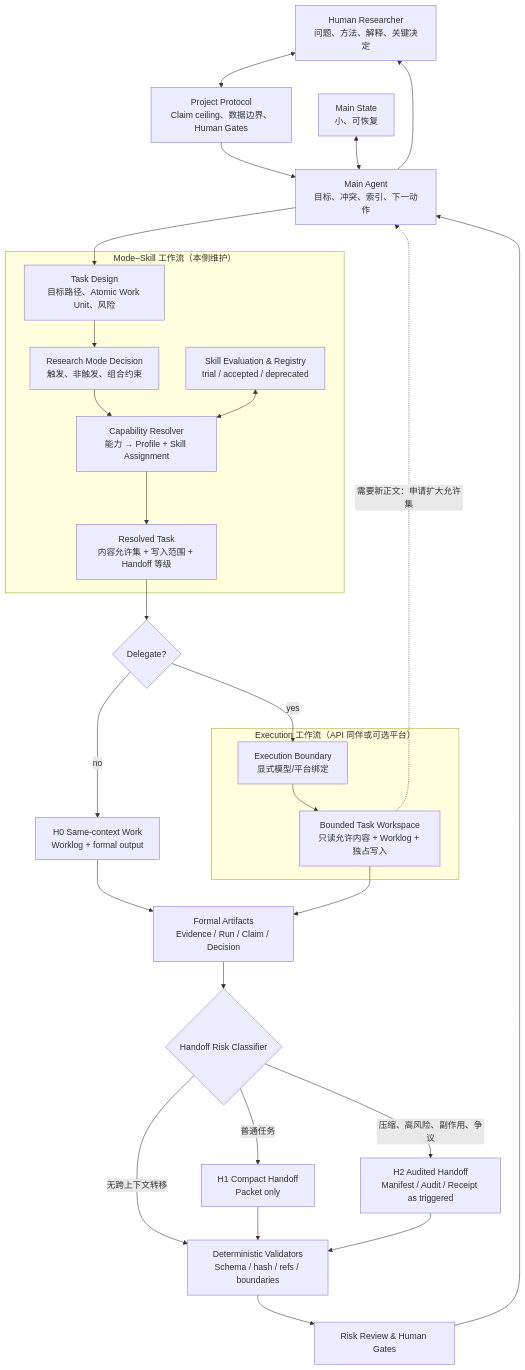
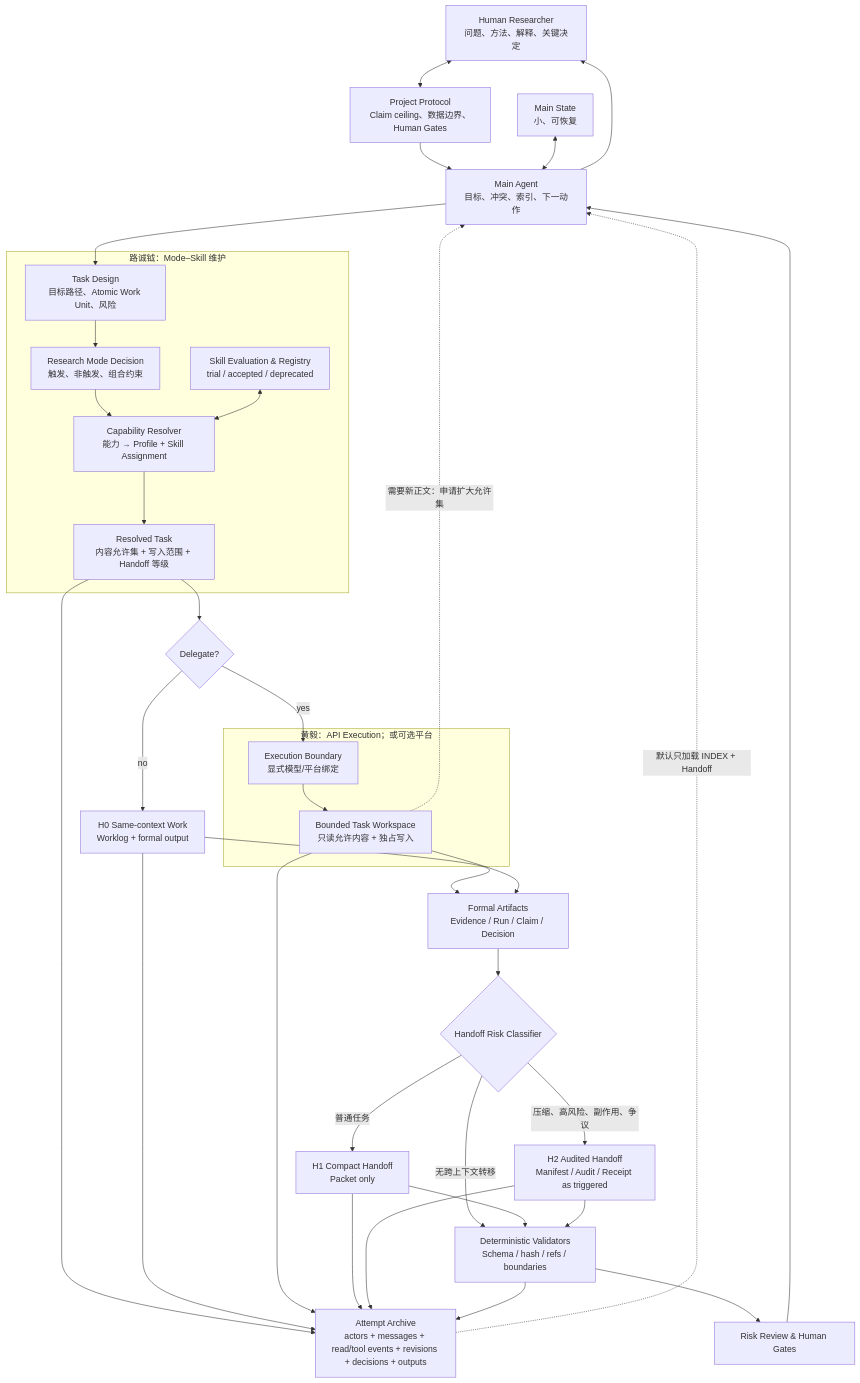
The first of 2 diagrams in docs/ARCHITECTURE.md (Chengyue-Lu/research-agent-workbench), drawn with Mermaid before and after one commit. The commit also changed other lines of this file and 29 other files, not shown here.

````diff
--- a/docs/ARCHITECTURE.md
+++ b/docs/ARCHITECTURE.md
@@ -58,47 +58,55 @@
 ```mermaid
 flowchart TB
     H["Human Researcher\n问题、方法、解释、关键决定"]
     PP["Project Protocol\nClaim ceiling、数据边界、Human Gates"]
     MA["Main Agent\n目标、冲突、索引、下一动作"]
     MS["Main State\n小、可恢复"]
 
-    subgraph OWN["Mode–Skill 工作流（本侧维护）"]
+    subgraph OWN["路诚钺：Mode–Skill 维护"]
         TD["Task Design\n目标路径、Atomic Work Unit、风险"]
         RM["Research Mode Decision\n触发、非触发、组合约束"]
         CR["Capability Resolver\n能力 → Profile + Skill Assignment"]
         RP["Resolved Task\n内容允许集 + 写入范围 + Handoff 等级"]
         SE["Skill Evaluation & Registry\ntrial / accepted / deprecated"]
     end
 
-    subgraph EXEC["Execution 工作流（API 同伴或可选平台）"]
+    subgraph EXEC["黄毅：API Execution；或可选平台"]
         EB["Execution Boundary\n显式模型/平台绑定"]
-        TW["Bounded Task Workspace\n只读允许内容 + Worklog + 独占写入"]
+        TW["Bounded Task Workspace\n只读允许内容 + 独占写入"]
     end
 
     DG{"Delegate?"}
     L0["H0 Same-context Work\nWorklog + formal output"]
     AR["Formal Artifacts\nEvidence / Run / Claim / Decision"]
     HC{"Handoff Risk Classifier"}
     H1["H1 Compact Handoff\nPacket only"]
     H2["H2 Audited Handoff\nManifest / Audit / Receipt as triggered"]
+    TA["Attempt Archive\nactors + messages + read/tool events + revisions + decisions + outputs"]
     DV["Deterministic Validators\nSchema / hash / refs / boundaries"]
     RG["Risk Review & Human Gates"]
 
     H <--> PP
     PP --> MA
     MS <--> MA
     MA --> TD
     TD --> RM --> CR --> RP
     SE <--> CR
     RP --> DG
     DG -->|"no"| L0 --> AR
     DG -->|"yes"| EB --> TW --> AR
     TW -.->|"需要新正文：申请扩大允许集"| MA
+    RP --> TA
+    L0 --> TA
+    TW --> TA
     AR --> HC
     HC -->|"无跨上下文转移"| DV
     HC -->|"普通任务"| H1
     HC -->|"压缩、高风险、副作用、争议"| H2
     H1 --> DV
     H2 --> DV
+    H1 --> TA
+    H2 --> TA
+    DV --> TA
+    TA -.->|"默认只加载 INDEX + Handoff"| MA
     DV --> RG --> MA --> H
 ```
````
